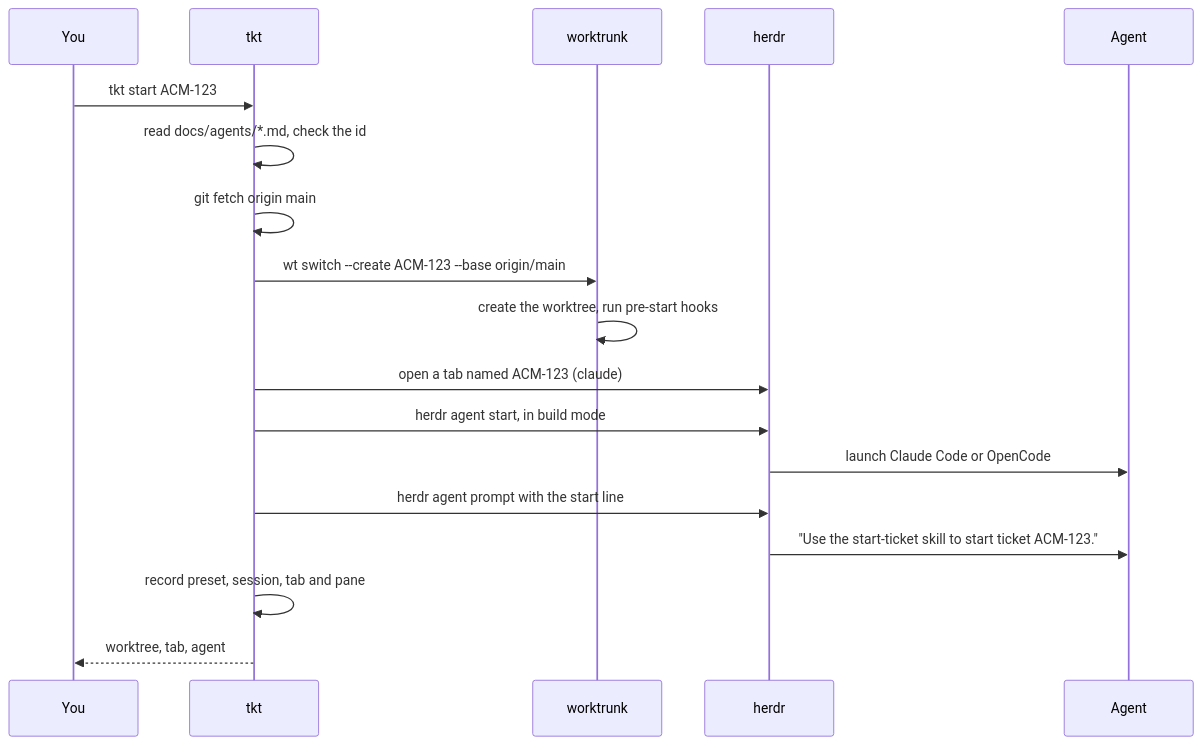
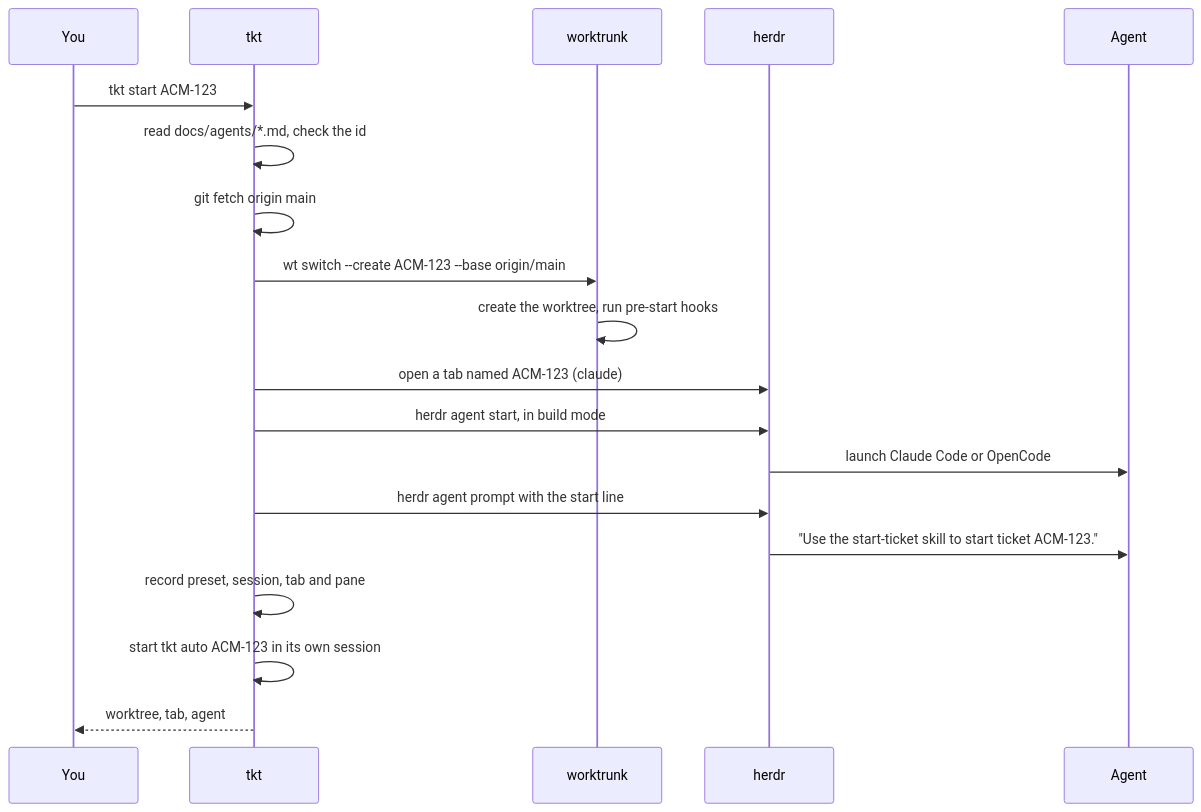
The third of 9 diagrams in docs/lifecycle.md (rogsme/tkt), drawn with Mermaid before and after one commit. The commit also changed other lines of this file and 26 other files, not shown here.

First line of the commit message:
Start every ticket in auto, which waits for your plan approval

````diff
--- a/docs/lifecycle.md
+++ b/docs/lifecycle.md
@@ -122,20 +122,21 @@
 ```mermaid
 sequenceDiagram
   participant you as You
   participant tkt
   participant wt as worktrunk
   participant herdr
   participant agent as Agent
   you->>tkt: tkt start ACM-123
   tkt->>tkt: read docs/agents/*.md, check the id
   tkt->>tkt: git fetch origin main
   tkt->>wt: wt switch --create ACM-123 --base origin/main
   wt->>wt: create the worktree, run pre-start hooks
   tkt->>herdr: open a tab named ACM-123 (claude)
   tkt->>herdr: herdr agent start, in build mode
   herdr->>agent: launch Claude Code or OpenCode
   tkt->>herdr: herdr agent prompt with the start line
   herdr->>agent: "Use the start-ticket skill to start ticket ACM-123."
   tkt->>tkt: record preset, session, tab and pane
+  tkt->>tkt: start tkt auto ACM-123 in its own session
   tkt-->>you: worktree, tab, agent
 ```
````
